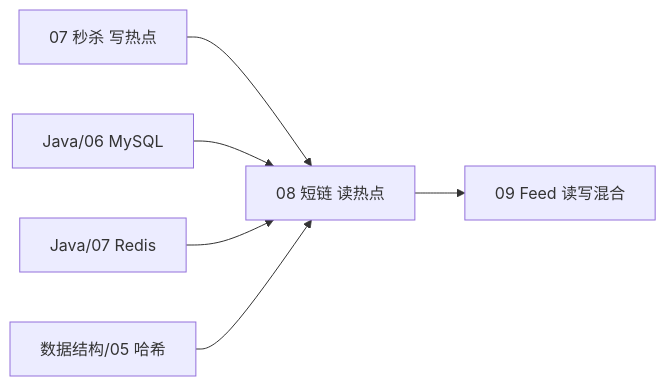
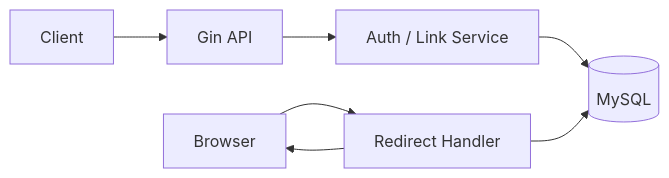
One commit to moqix26/study changed the first of 3 diagrams in 后端学习/系统设计/08-短链服务设计.md. Above: the diagram before and after it, drawn with Mermaid. The commit also changed other lines of this file and 202 other files, not shown here.

````diff
--- a/后端学习/系统设计/08-短链服务设计.md
+++ b/后端学习/系统设计/08-短链服务设计.md
@@ -84,8 +237,9 @@
-```mermaid
+~~~mermaid
 flowchart LR
-    S07[07 秒杀 写热点] --> S08[08 短链 读热点]
-    S08 --> S09[09 Feed 读写混合]
-    J06[Java/06 MySQL] --> S08
-    J07[Java/07 Redis] --> S08
-    DS05[数据结构/05 哈希] --> S08
-```
+    C[Client] --> G[Gin API]
+    G --> A[Auth / Link Service]
+    A --> M[(MySQL)]
+    U[Browser] --> R[Redirect Handler]
+    R --> M
+    R --> U
+~~~
````
